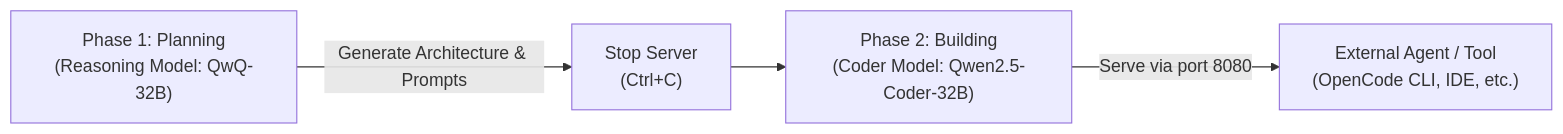
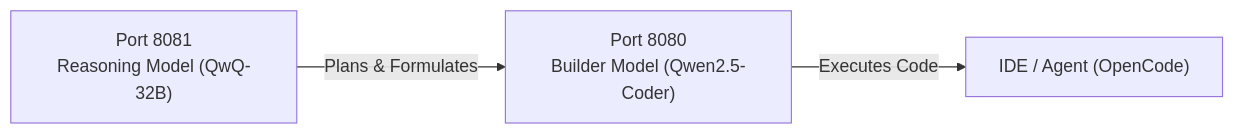
The diagram in README.md (gabrielsscavalcante/mlx-man), drawn with Mermaid before and after one commit. The commit also changed other lines of this file and 2 other files, not shown here.

Commit message:
fix: enforce strict security allow-list for model downloads

````diff
--- a/README.md
+++ b/README.md
@@ -150,6 +150,5 @@
 ```mermaid
 flowchart LR
-    A["Phase 1: Planning<br/>(Reasoning Model: QwQ-32B)"] -->|Generate Architecture & Prompts| B["Stop Server<br/>(Ctrl+C)"]
-    B --> C["Phase 2: Building<br/>(Coder Model: Qwen2.5-Coder-32B)"]
-    C -->|Serve via port 8080| D["External Agent / Tool<br/>(OpenCode CLI, IDE, etc.)"]
+    A["Port 8081<br/>Reasoning Model (QwQ-32B)"] -->|Plans & Formulates| B["Port 8080<br/>Builder Model (Qwen2.5-Coder)"]
+    B -->|Executes Code| C["IDE / Agent (OpenCode)"]
 ```
````
